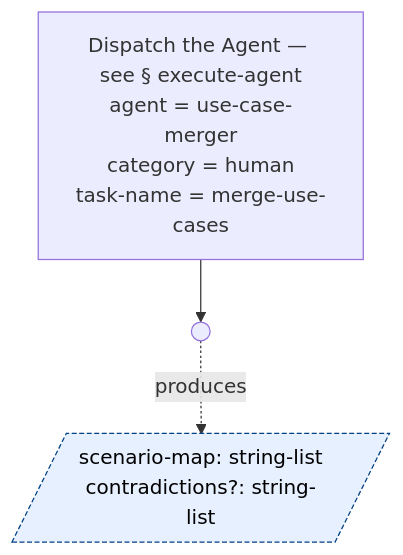
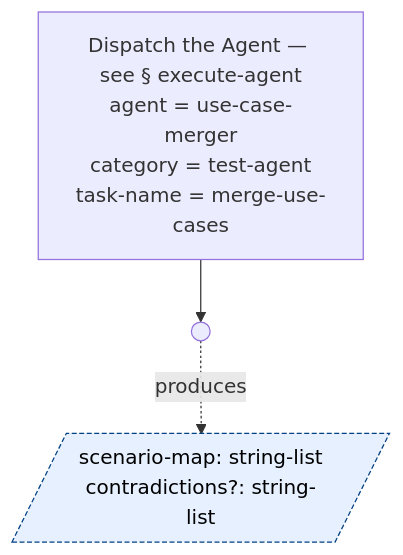
One commit to optivem/gh-optivem changed diagram 48 of 58 in docs/process-diagram.md. Above: the diagram before and after it, drawn with Mermaid. The commit also changed 1 other file, not shown here.

Commit message:
atdd: regenerate process-flow diagram

````diff
--- a/docs/process-diagram.md
+++ b/docs/process-diagram.md
@@ -906,12 +906,12 @@
 ```mermaid
 flowchart TD
-    EXECUTE_AGENT["Dispatch the Agent — see § execute-agent<br/>agent = use-case-merger<br/>category = human<br/>task-name = merge-use-cases"]
+    EXECUTE_AGENT["Dispatch the Agent — see § execute-agent<br/>agent = use-case-merger<br/>category = test-agent<br/>task-name = merge-use-cases"]
     MERGE_USE_CASES_END(( ))
 
     EXECUTE_AGENT --> MERGE_USE_CASES_END
     MERGE-USE-CASES_OUTPUTS[/"scenario-map: string-list<br/>contradictions?: string-list"/]
     MERGE_USE_CASES_END -. produces .-> MERGE-USE-CASES_OUTPUTS
 
     classDef outputNode fill:#e7f0ff,stroke:#004085,stroke-width:1px,stroke-dasharray:4 2,color:#000000
     class MERGE-USE-CASES_OUTPUTS outputNode
 ```
````
